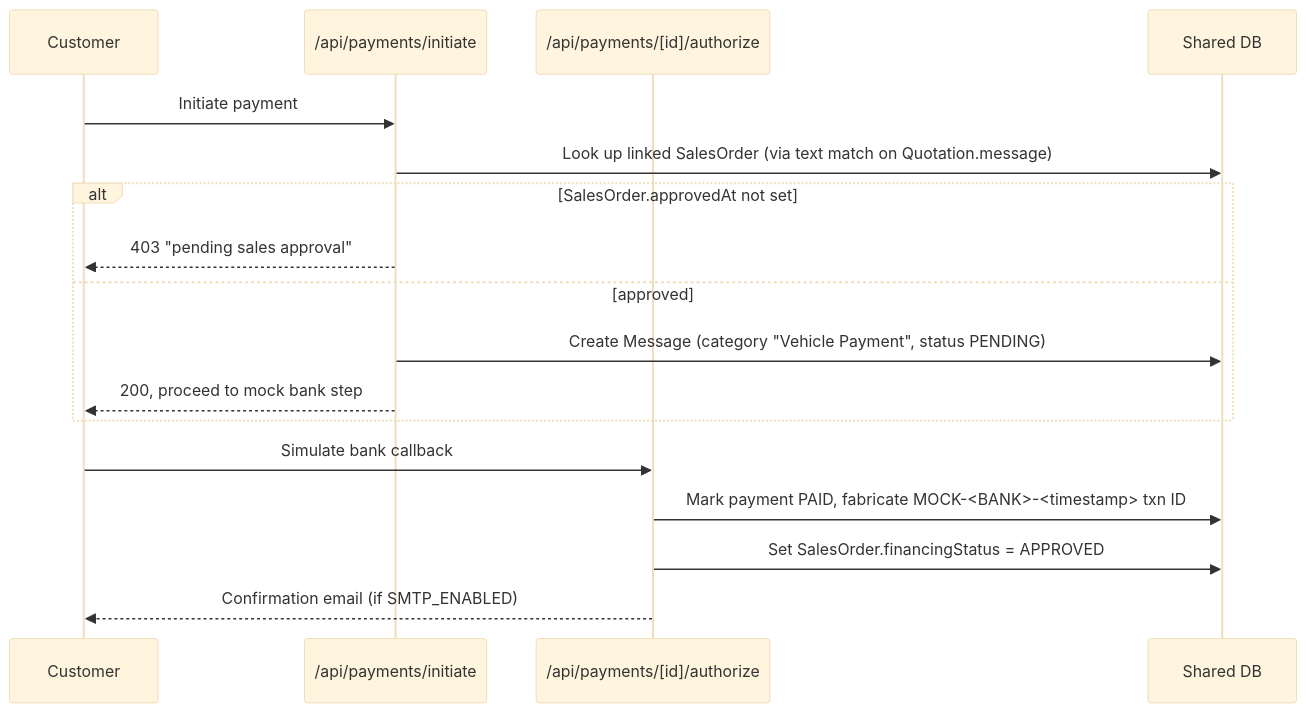
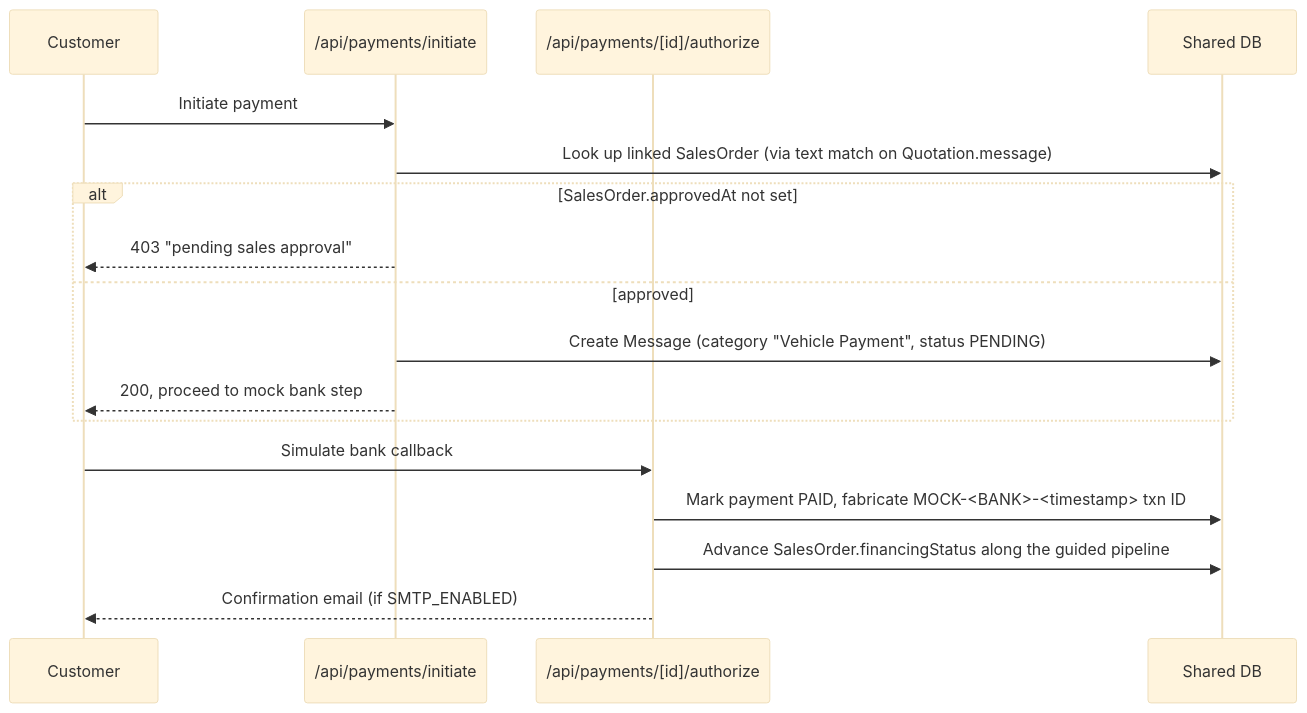
One commit to hirkogemechu474-lang/kerchanshe-geely-ethiopia changed the eighth of 8 diagrams in SYSTEM-ANALYSIS.md. Above: the diagram before and after it, drawn with Mermaid (base theme). The commit also changed other lines of this file and 3 other files, not shown here.

````diff
--- a/SYSTEM-ANALYSIS.md
+++ b/SYSTEM-ANALYSIS.md
@@ -405,20 +494,20 @@
 ```mermaid
 sequenceDiagram
     participant Cust as Customer
     participant Pay as /api/payments/initiate
     participant Auth as /api/payments/[id]/authorize
     participant DB as Shared DB
 
     Cust->>Pay: Initiate payment
     Pay->>DB: Look up linked SalesOrder (via text match on Quotation.message)
     alt SalesOrder.approvedAt not set
         Pay-->>Cust: 403 "pending sales approval"
     else approved
         Pay->>DB: Create Message (category "Vehicle Payment", status PENDING)
         Pay-->>Cust: 200, proceed to mock bank step
     end
     Cust->>Auth: Simulate bank callback
     Auth->>DB: Mark payment PAID, fabricate MOCK-<BANK>-<timestamp> txn ID
-    Auth->>DB: Set SalesOrder.financingStatus = APPROVED
+    Auth->>DB: Advance SalesOrder.financingStatus along the guided pipeline
     Auth-->>Cust: Confirmation email (if SMTP_ENABLED)
 ```
````
